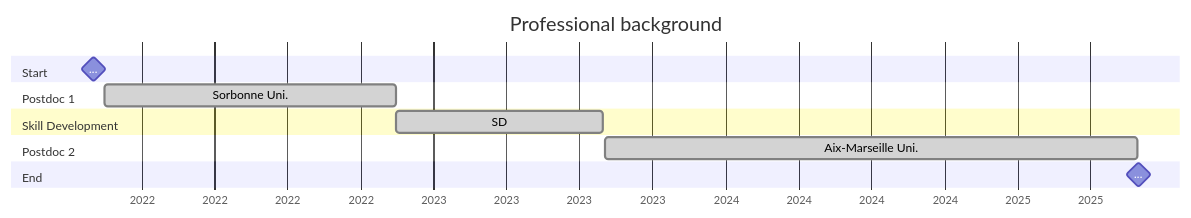
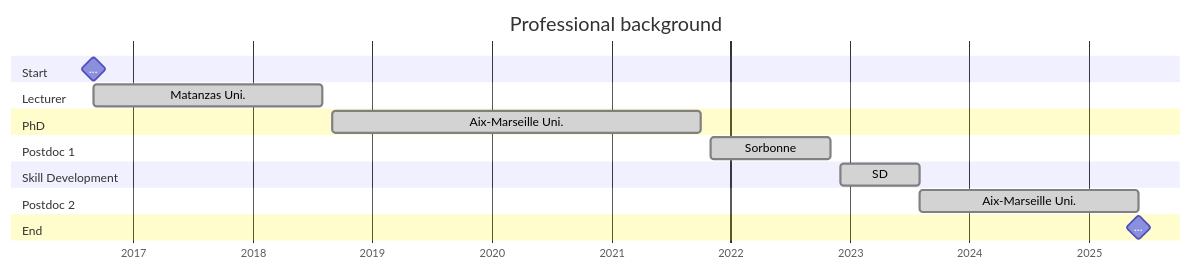
Before and after one commit to olcruzgonzalez/olcruzgonzalez.github.io: the diagram in _tabs/experience.md, drawn with Mermaid. The commit also changed other lines of this file and 7 other files, not shown here.

````diff
--- a/_tabs/experience.md
+++ b/_tabs/experience.md
@@ -26,16 +40,20 @@
 ```mermaid
   gantt
     title  Professional background
     dateFormat  YYYY-MM-DD
     axisFormat %Y
   section Start
-    ... :milestone, aa, 2021-11-01, 2021-11-01
+    ... :milestone, aa, 2016-09-01, 2016-09-01
+  section Lecturer
+    Matanzas Uni. :done, a, 2016-09-01, 2018-08-01
+  section PhD
+    Aix-Marseille Uni. :done, a, 2018-09-01, 2021-10-01
   section Postdoc 1
-    Sorbonne Uni. :done, a, 2021-11-15, 2022-11-14
+    Sorbonne :done, a, 2021-11-01, 2022-11-01
   section Skill Development
-    SD :done, a, 2022-11-15, 2023-08-01
+    SD :done, a, 2022-12-01, 2023-08-01
   section Postdoc 2
     Aix-Marseille Uni. :done, b, 2023-08-03, 2025-05-31
   section End
     ... :milestone, aa, 2025-06-01, 2025-06-01
 ```
````
